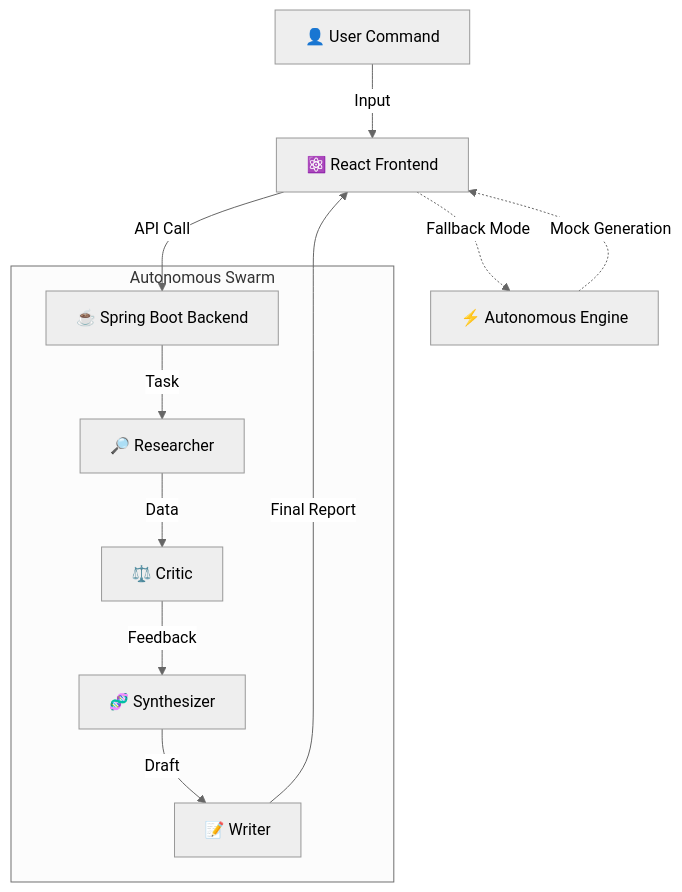
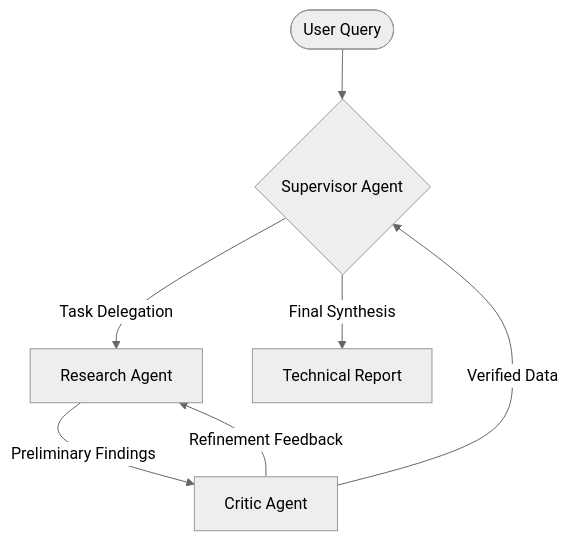
One commit to Ranjithhub08/multi-agent-research-bot changed the diagram in README.md. Above: the diagram before and after it, drawn with Mermaid (neutral theme). The commit also changed other lines of this file and 1 other file, not shown here.

Commit message:
docs: implement technical architecture and overhauled project documentation

````diff
--- a/README.md
+++ b/README.md
@@ -42,17 +21,9 @@
 ```mermaid
 graph TD
-    User[👤 User Command] -->|Input| FE[⚛️ React Frontend]
-    FE -->|API Call| BE[☕ Spring Boot Backend]
-    
-    subgraph "Autonomous Swarm"
-    BE -->|Task| A1[🔎 Researcher]
-    A1 -->|Data| A2[⚖️ Critic]
-    A2 -->|Feedback| A3[🧬 Synthesizer]
-    A3 -->|Draft| A4[📝 Writer]
-    end
-    
-    A4 -->|Final Report| FE
-    
-    FE -.->|Fallback Mode| AM[⚡ Autonomous Engine]
-    AM -.->|Mock Generation| FE
+    User([User Query]) --> Supervisor{Supervisor Agent}
+    Supervisor -->|Task Delegation| Research[Research Agent]
+    Research -->|Preliminary Findings| Critic[Critic Agent]
+    Critic -->|Refinement Feedback| Research
+    Critic -->|Verified Data| Supervisor
+    Supervisor -->|Final Synthesis| Report[Technical Report]
 ```
````
